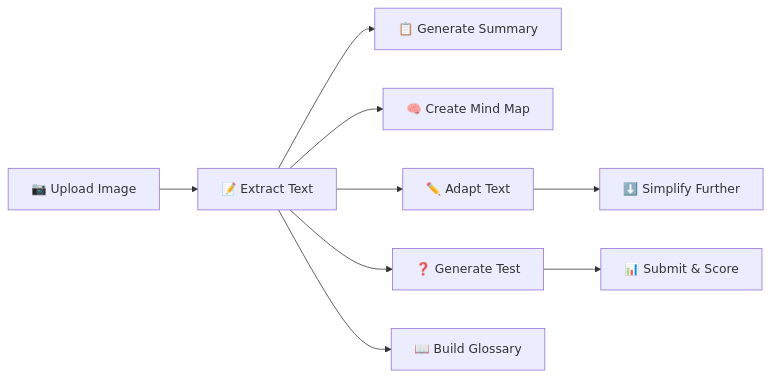
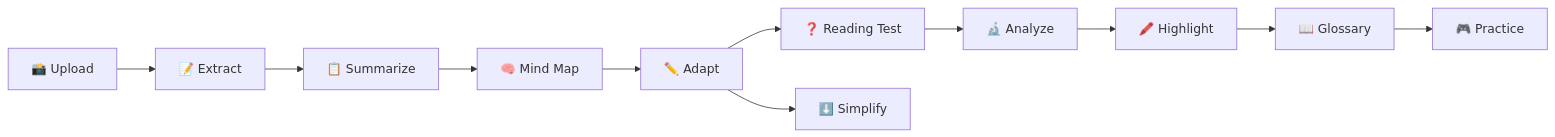
Before and after one commit to bentwnghk/reading-assistant: the diagram in README.md, drawn with Mermaid.

````diff
--- a/README.md
+++ b/README.md
@@ -103,12 +103,14 @@
 ```mermaid
 flowchart LR
-    A[📷 Upload Image] --> B[📝 Extract Text]
-    B --> C[📋 Generate Summary]
-    B --> D[🧠 Create Mind Map]
-    B --> E[✏️ Adapt Text]
-    B --> F[❓ Generate Test]
-    B --> G[📖 Build Glossary]
+    A[📸 Upload] --> B[📝 Extract]
+    B --> C[📋 Summarize]
+    C --> D[🧠 Mind Map]
+    D --> E[✏️ Adapt]
+    E --> F[❓ Reading Test]
+    F --> G[🔬 Analyze]
+    G --> H[🖍️ Highlight]
+    H --> I[📖 Glossary]
+    I --> J[🎮 Practice]
     
-    E --> E2[⬇️ Simplify Further]
-    F --> F2[📊 Submit & Score]
+    E --> E2[⬇️ Simplify]
 ```
````
